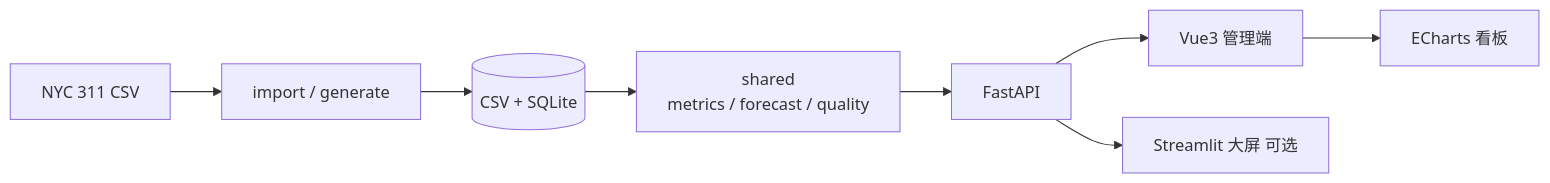
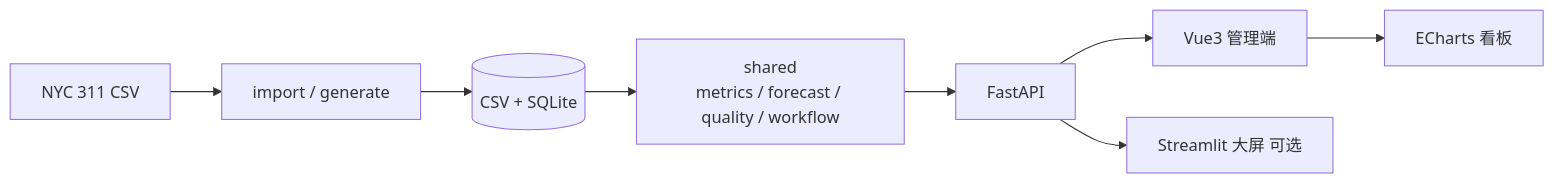
The diagram in README.md (InfiniteLoopDreamer/smart-gov-data-platform), drawn with Mermaid before and after one commit. The commit also changed other lines of this file and 9 other files, not shown here.

````diff
--- a/README.md
+++ b/README.md
@@ -97,10 +160,10 @@
 ```mermaid
 flowchart LR
   A[NYC 311 CSV] --> B[import / generate]
   B --> C[(CSV + SQLite)]
-  C --> D[shared<br/>metrics / forecast / quality]
+  C --> D[shared<br/>metrics / forecast / quality / workflow]
   D --> E[FastAPI]
   E --> F[Vue3 管理端]
   E --> G[Streamlit 大屏 可选]
   F --> H[ECharts 看板]
 ```
````
